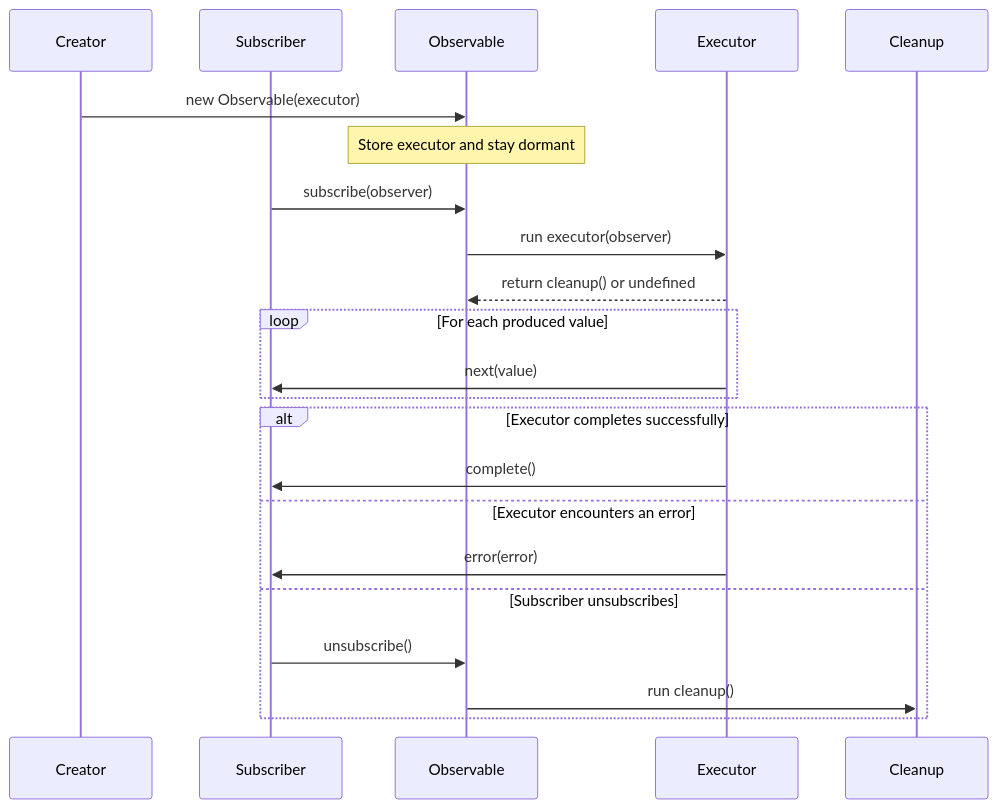
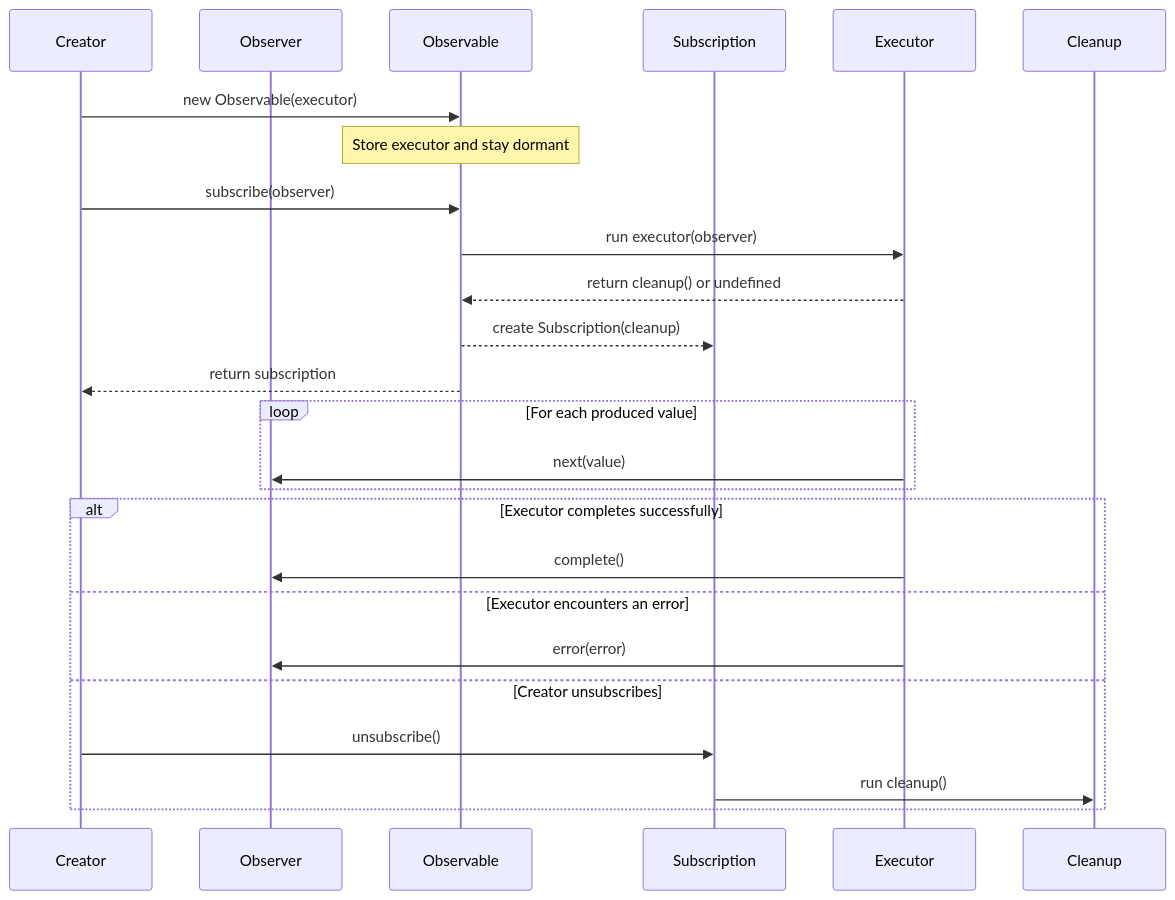
One commit to shripada/rx-js-playground changed the diagram in 2. observable.md. Above: the diagram before and after it, drawn with Mermaid. The commit also changed other lines of this file and 3 other files, not shown here.

Commit message:
updated the sequence diagram of the observable/observer interaction and also added 2 assignments in observable.usage.ts

````diff
--- a/2. observable.md
+++ b/2. observable.md
@@ -46,28 +46,31 @@
 ```mermaid
 sequenceDiagram
   participant C as Creator
-  participant S as Subscriber
+  participant Obs as Observer
   participant O as Observable
+  participant Sub as Subscription
   participant E as Executor
   participant X as Cleanup
 
   C->>O: new Observable(executor)
   Note over O: Store executor and stay dormant
 
-  S->>O: subscribe(observer)
+  C->>O: subscribe(observer)
   O->>E: run executor(observer)
   E-->>O: return cleanup() or undefined
+  O-->>Sub: create Subscription(cleanup)
+  O-->>C: return subscription
 
   loop For each produced value
-    E->>S: next(value)
+    E->>Obs: next(value)
   end
 
   alt Executor completes successfully
-    E->>S: complete()
+    E->>Obs: complete()
   else Executor encounters an error
-    E->>S: error(error)
-  else Subscriber unsubscribes
-    S->>O: unsubscribe()
-    O->>X: run cleanup()
+    E->>Obs: error(error)
+  else Creator unsubscribes
+    C->>Sub: unsubscribe()
+    Sub->>X: run cleanup()
   end
 ```
````
